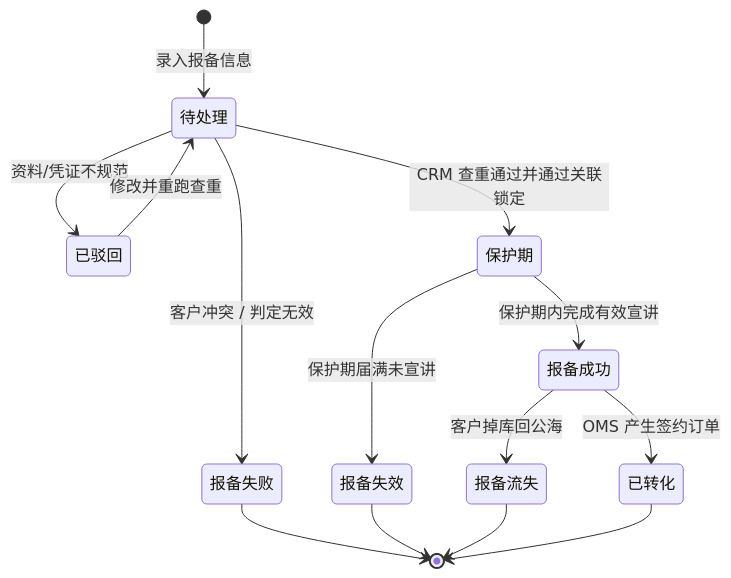
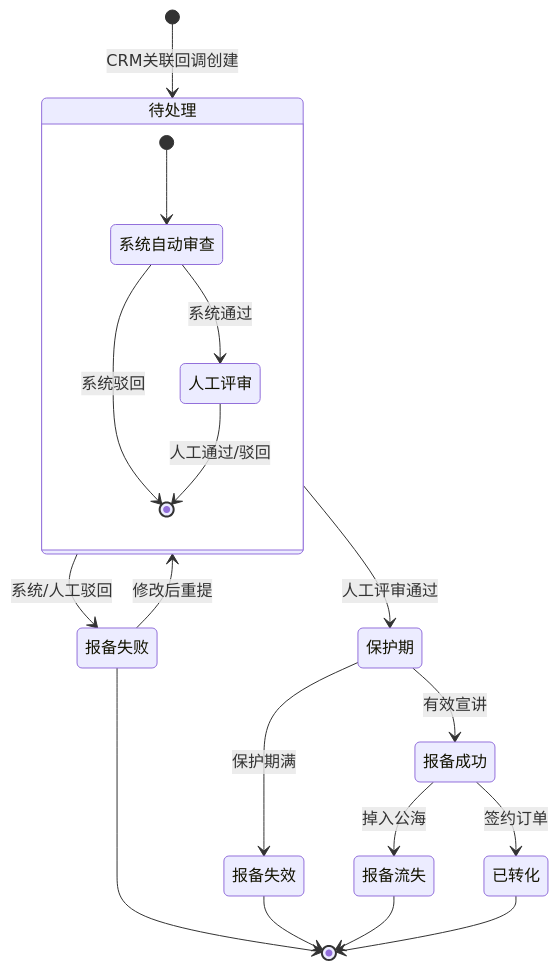
Before and after one commit to njwander/channel-demo: the third of 4 diagrams in docs/business-rules.md, drawn with Mermaid. The commit also changed other lines of this file and 3 other files, not shown here.

````diff
--- a/docs/business-rules.md
+++ b/docs/business-rules.md
@@ -187,22 +182,27 @@
 ```mermaid
 stateDiagram-v2
-    [*] --> 待处理: 录入报备信息
-    
-    待处理 --> 已驳回: 资料/凭证不规范
-    已驳回 --> 待处理: 修改并重跑查重
-    
-    待处理 --> 报备失败: 客户冲突 / 判定无效
-    
-    待处理 --> 保护期: CRM 查重通过并通过关联锁定
-    
-    保护期 --> 报备成功: 保护期内完成有效宣讲
-    保护期 --> 报备失效: 保护期届满未宣讲
-    
-    报备成功 --> 已转化: OMS 产生签约订单
-    报备成功 --> 报备流失: 客户掉库回公海
-    
+    [*] --> 待处理: CRM关联回调创建
+
+    state 待处理 {
+        [*] --> 系统自动审查
+        系统自动审查 --> 人工评审: 系统通过
+        系统自动审查 --> [*]: 系统驳回
+        人工评审 --> [*]: 人工通过/驳回
+    }
+
+    待处理 --> 报备失败: 系统/人工驳回
+    报备失败 --> 待处理: 修改后重提
+
+    待处理 --> 保护期: 人工评审通过
+
+    保护期 --> 报备成功: 有效宣讲
+    保护期 --> 报备失效: 保护期满
+
+    报备成功 --> 已转化: 签约订单
+    报备成功 --> 报备流失: 掉入公海
+
     报备失败 --> [*]
     报备失效 --> [*]
     报备流失 --> [*]
     已转化 --> [*]
 ```
````
